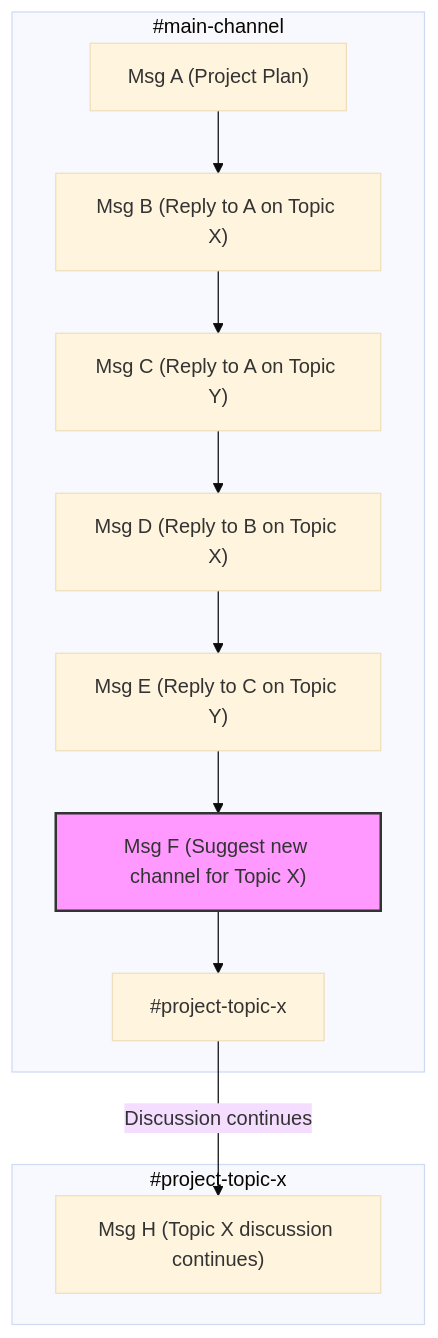
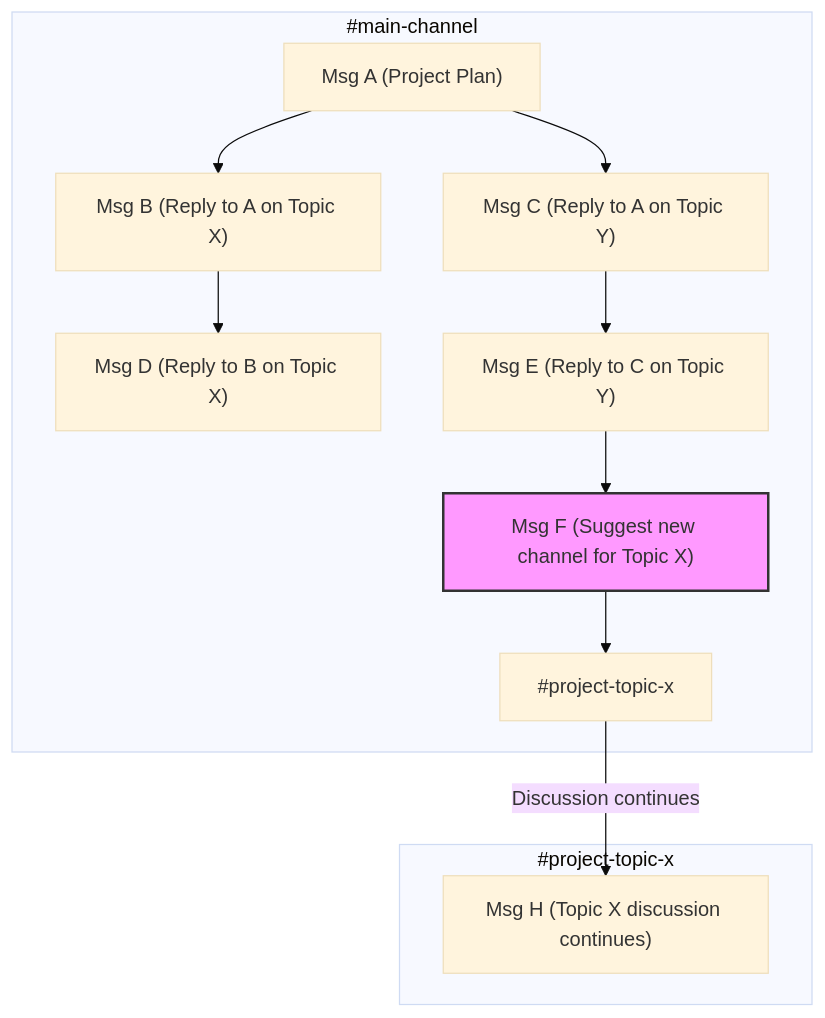
Before and after one commit to kirilligum/kirilligum: the second of 2 diagrams in src/content/blog/threaded-vs-linear-chat-workflows.md, drawn with Mermaid (base theme). The commit also changed other lines of this file, not shown here.

Commit message:
docs: Refine chat workflow diagrams and descriptions

````diff
--- a/src/content/blog/threaded-vs-linear-chat-workflows.md
+++ b/src/content/blog/threaded-vs-linear-chat-workflows.md
@@ -82,18 +82,25 @@
 ```mermaid
 graph TD
     subgraph #main-channel
         A["Msg A (Project Plan)"];
-        A --> B["Msg B (Reply to A on Topic X)"];
-        B --> C["Msg C (Reply to A on Topic Y)"];
-        C --> D["Msg D (Reply to B on Topic X)"];
-        D --> E["Msg E (Reply to C on Topic Y)"];
-        E --> F["Msg F (Suggest new channel for Topic X)"];
-        F --> G[#project-topic-x];
+        B["Msg B (Reply to A on Topic X)"];
+        C["Msg C (Reply to A on Topic Y)"];
+        D["Msg D (Reply to B on Topic X)"];
+        E["Msg E (Reply to C on Topic Y)"];
+        F["Msg F (Suggest new channel for Topic X)"];
+        G[#project-topic-x];
+
+        A --> B;
+        A --> C;
+        B --> D;
+        C --> E;
+        E --> F;
+        F --> G;
     end
 
     subgraph #project-topic-x
         G -- "Discussion continues" --> H["Msg H (Topic X discussion continues)"];
     end
 
     style F fill:#f9f,stroke:#333,stroke-width:2px
 ```
````
